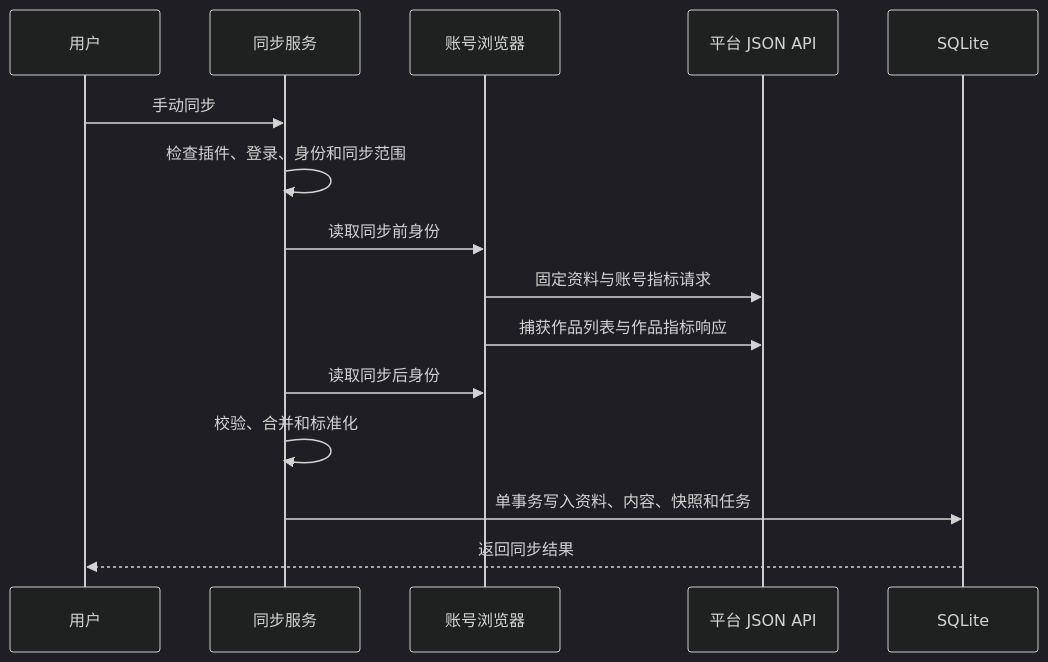
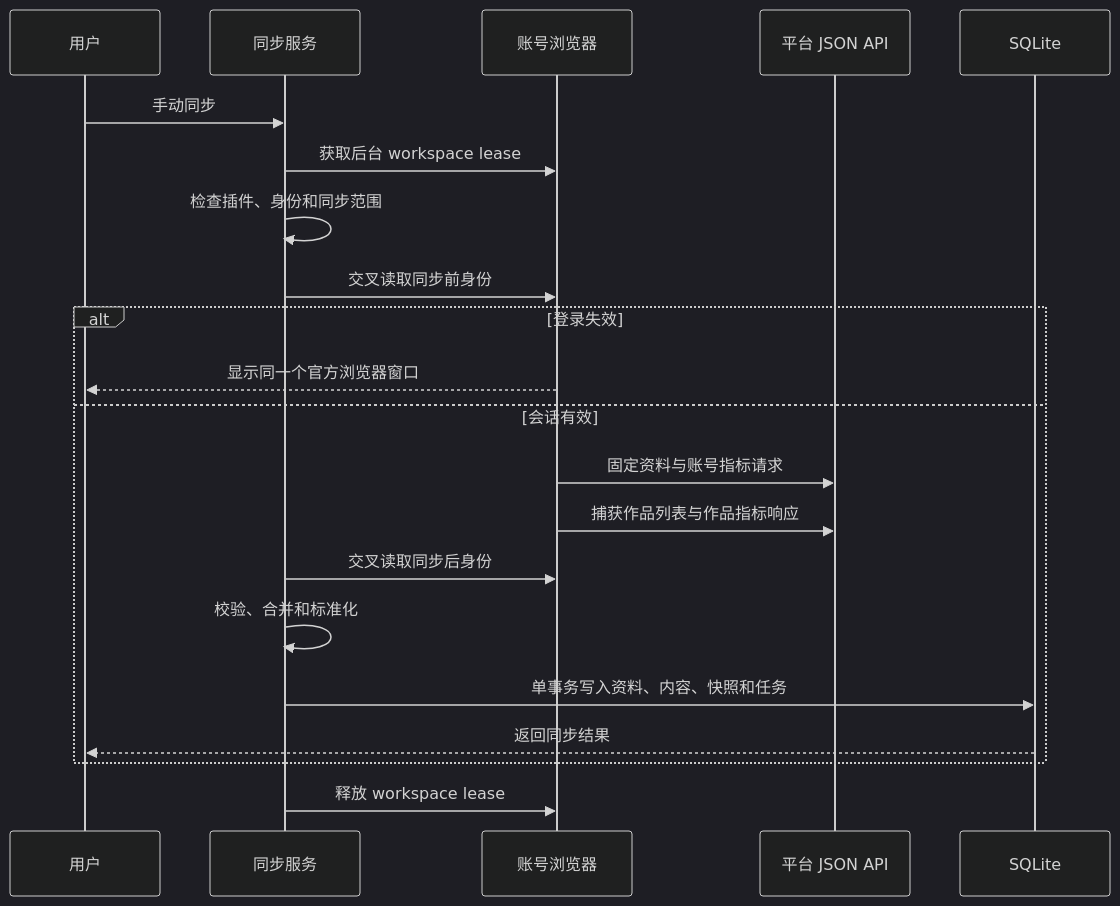
Before and after one commit to nzmxd/streamfold: the second of 2 diagrams in docs/research-and-design.md, drawn with Mermaid (dark theme). The commit also changed other lines of this file and 40 other files, not shown here.

````diff
--- a/docs/research-and-design.md
+++ b/docs/research-and-design.md
@@ -164,17 +173,23 @@
 ```mermaid
 sequenceDiagram
     participant U as 用户
     participant S as 同步服务
     participant B as 账号浏览器
     participant P as 平台 JSON API
     participant D as SQLite
     U->>S: 手动同步
-    S->>S: 检查插件、登录、身份和同步范围
-    S->>B: 读取同步前身份
+    S->>B: 获取后台 workspace lease
+    S->>S: 检查插件、身份和同步范围
+    S->>B: 交叉读取同步前身份
+    alt 登录失效
+        B-->>U: 显示同一个官方浏览器窗口
+    else 会话有效
     B->>P: 固定资料与账号指标请求
     B->>P: 捕获作品列表与作品指标响应
-    S->>B: 读取同步后身份
+    S->>B: 交叉读取同步后身份
     S->>S: 校验、合并和标准化
     S->>D: 单事务写入资料、内容、快照和任务
     D-->>U: 返回同步结果
+    end
+    S->>B: 释放 workspace lease
 ```
````
